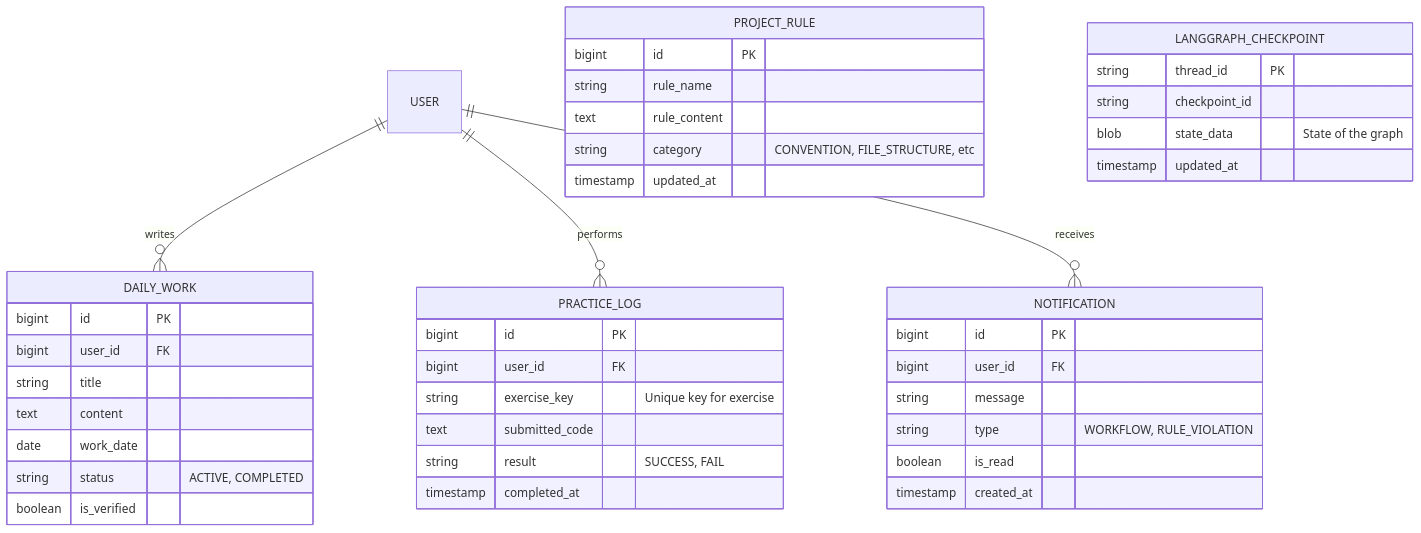
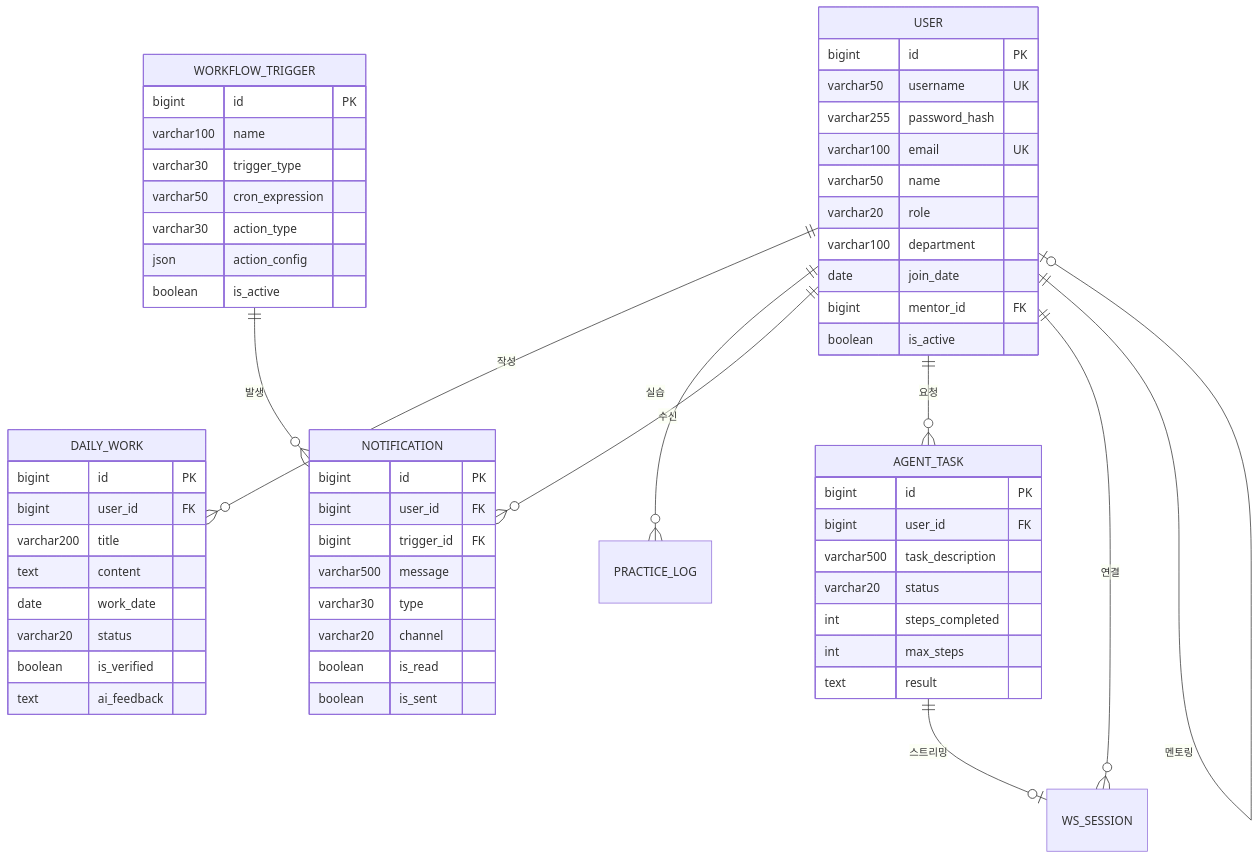
Before and after one commit to heejae101/developer-onboarding: the diagram in 03_설계/01_데이터베이스_모델링.md, drawn with Mermaid. The commit also changed other lines of this file and 18 other files, not shown here.

````diff
--- a/03_설계/01_데이터베이스_모델링.md
+++ b/03_설계/01_데이터베이스_모델링.md
@@ -10,49 +149,66 @@
 ```mermaid
 erDiagram
-    USER ||--o{ DAILY_WORK : writes
-    USER ||--o{ PRACTICE_LOG : performs
-    USER ||--o{ NOTIFICATION : receives
+    USER ||--o{ DAILY_WORK : "작성"
+    USER ||--o{ PRACTICE_LOG : "실습"
+    USER ||--o{ NOTIFICATION : "수신"
+    USER ||--o{ AGENT_TASK : "요청"
+    USER ||--o{ WS_SESSION : "연결"
+    USER ||--o| USER : "멘토링"
+    WORKFLOW_TRIGGER ||--o{ NOTIFICATION : "발생"
+    AGENT_TASK ||--o| WS_SESSION : "스트리밍"
+    
+    USER {
+        bigint id PK
+        varchar50 username UK
+        varchar255 password_hash
+        varchar100 email UK
+        varchar50 name
+        varchar20 role
+        varchar100 department
+        date join_date
+        bigint mentor_id FK
+        boolean is_active
+    }
     
     DAILY_WORK {
         bigint id PK
         bigint user_id FK
-        string title
+        varchar200 title
         text content
         date work_date
-        string status "ACTIVE, COMPLETED"
+        varchar20 status
         boolean is_verified
+        text ai_feedback
     }
     
-    PRACTICE_LOG {
+    AGENT_TASK {
         bigint id PK
         bigint user_id FK
-        string exercise_key "Unique key for exercise"
-        text submitted_code
-        string result "SUCCESS, FAIL"
-        timestamp completed_at
+        varchar500 task_description
+        varchar20 status
+        int steps_completed
+        int max_steps
+        text result
     }
     
-    PROJECT_RULE {
+    WORKFLOW_TRIGGER {
         bigint id PK
-        string rule_name
-        text rule_content
-        string category "CONVENTION, FILE_STRUCTURE, etc"
-        timestamp updated_at
-    }
-    
-    LANGGRAPH_CHECKPOINT {
-        string thread_id PK
-        string checkpoint_id
-        blob state_data "State of the graph"
-        timestamp updated_at
+        varchar100 name
+        varchar30 trigger_type
+        varchar50 cron_expression
+        varchar30 action_type
+        json action_config
+        boolean is_active
     }
     
     NOTIFICATION {
         bigint id PK
         bigint user_id FK
-        string message
-        string type "WORKFLOW, RULE_VIOLATION"
+        bigint trigger_id FK
+        varchar500 message
+        varchar30 type
+        varchar20 channel
         boolean is_read
-        timestamp created_at
+        boolean is_sent
     }
 ```
````
